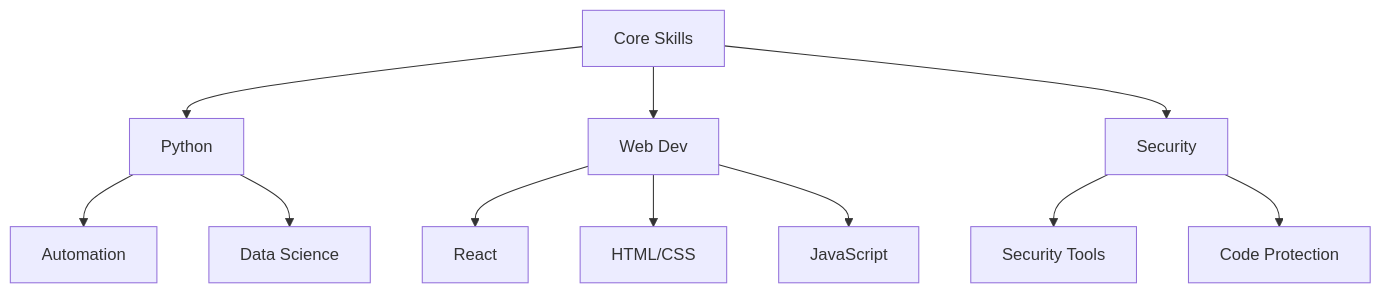
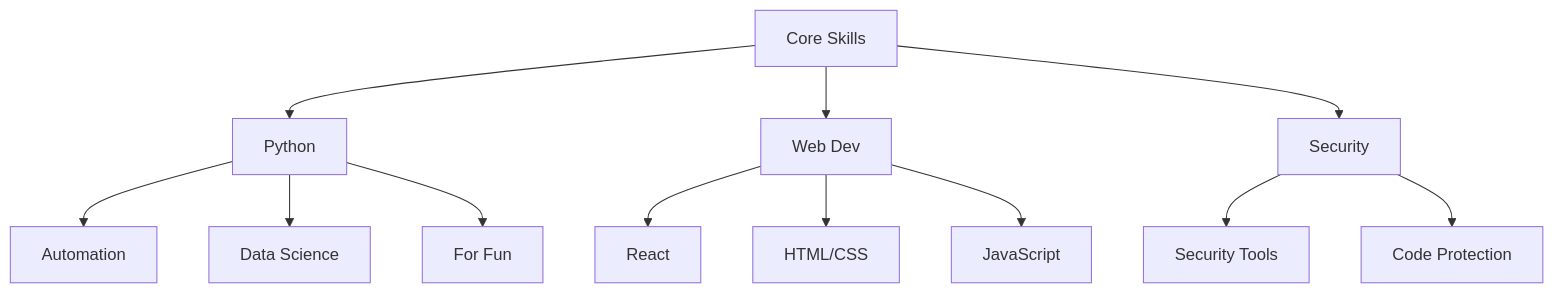
Before and after one commit to kleosr/kleosr: the diagram in README.md, drawn with Mermaid. The commit also changed other lines of this file, not shown here.

````diff
--- a/README.md
+++ b/README.md
@@ -36,13 +38,14 @@
 ```mermaid
 graph TD
     A[Core Skills] --> B[Python]
     A --> C[Web Dev]
     A --> D[Security]
     B --> E[Automation]
     B --> F[Data Science]
-    C --> G[React]
-    C --> H[HTML/CSS]
-    C --> I[JavaScript]
-    D --> J[Security Tools]
-    D --> K[Code Protection]
+    B --> G[For Fun]
+    C --> H[React]
+    C --> I[HTML/CSS]
+    C --> J[JavaScript]
+    D --> K[Security Tools]
+    D --> L[Code Protection]
 ```
````
